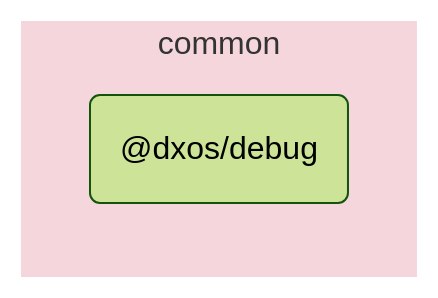
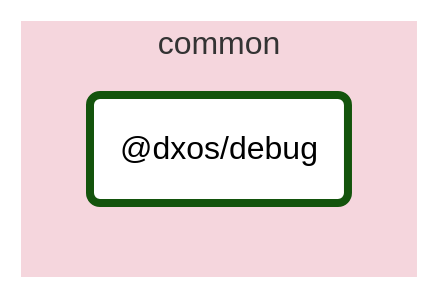
Before and after one commit to dxos/dxos: the diagram in packages/common/debug/docs/README.md, drawn with Mermaid (forest theme). The commit also changed other lines of this file and 88 other files, not shown here.

````diff
--- a/packages/common/debug/docs/README.md
+++ b/packages/common/debug/docs/README.md
@@ -5,9 +7,12 @@
 ```mermaid
 flowchart LR;
+
+style dxos/debug fill:#fff,stroke-width:4px;
+
 
 subgraph common
   style common fill:#f5d6dd,stroke:#fff;
   dxos/debug("@dxos/debug");
 end
 
 ```
````
